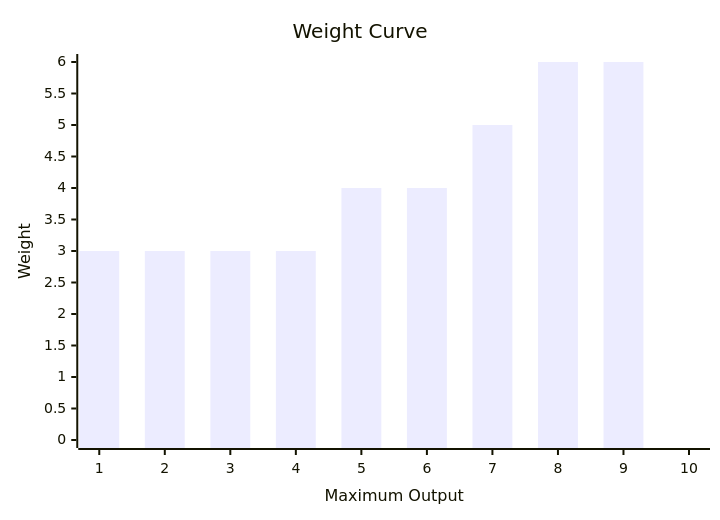
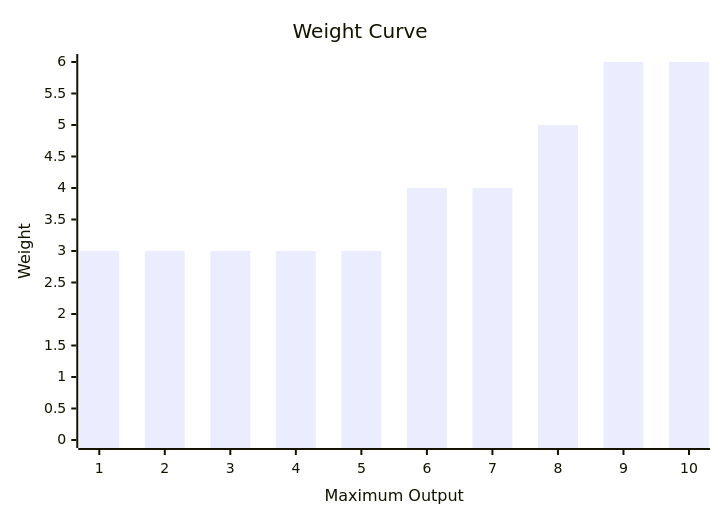
The first of 2 diagrams in README.md (kilfour/SharpBotz), drawn with Mermaid before and after one commit. The commit also changed 1 other file, not shown here.

````diff
--- a/README.md
+++ b/README.md
@@ -70,7 +70,7 @@
 ```mermaid
 xychart-beta
     title "Weight Curve"
     x-axis "Maximum Output" [1, 2, 3, 4, 5, 6, 7, 8, 9, 10]
     y-axis "Weight" 0 --> 6
-    bar [3, 3, 3, 3, 4, 4, 5, 6, 6]
+    bar [3, 3, 3, 3, 3, 4, 4, 5, 6, 6]
 ```
````
